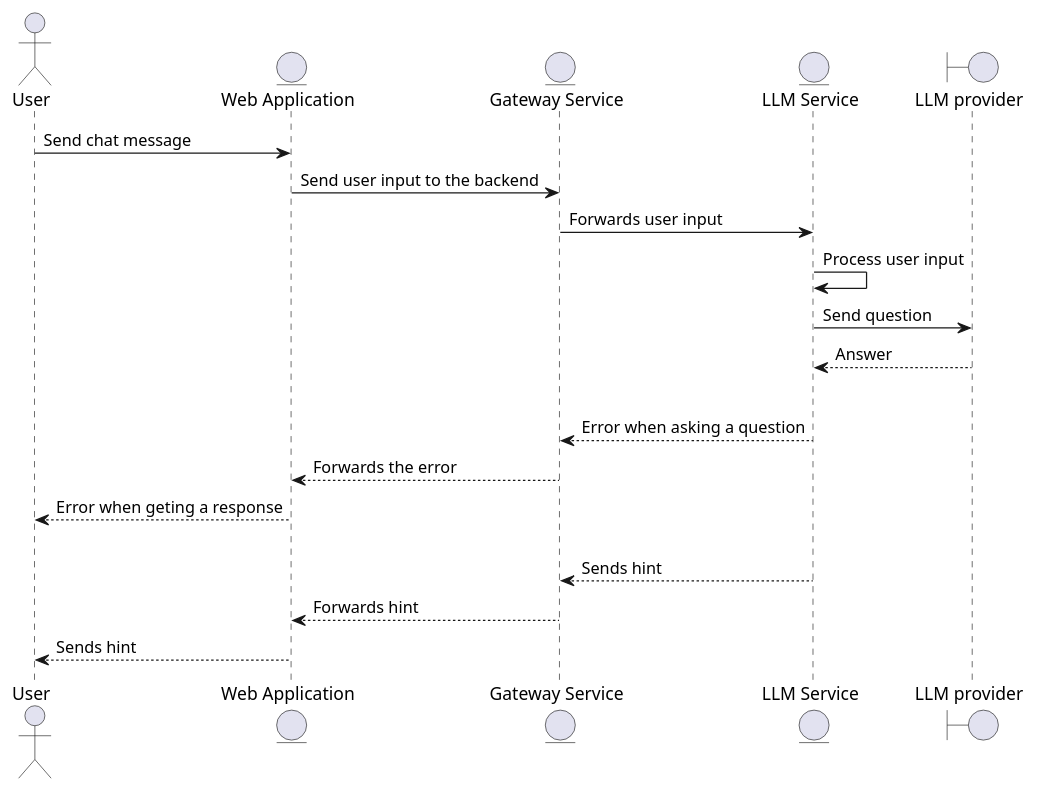
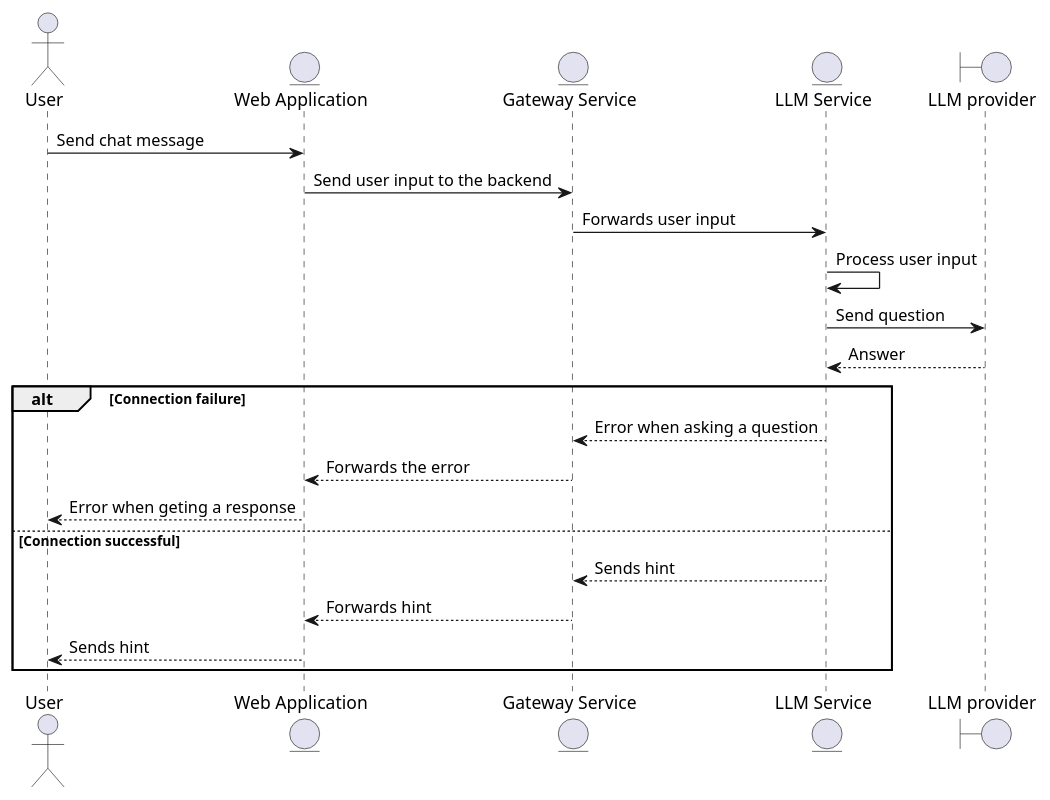
One commit to Arquisoft/wichat_en1b changed the fourth of 6 diagrams in docs/src/06_runtime_view.adoc. Above: the diagram before and after it, drawn with PlantUML.

Commit message:
Fixed bug in LLM Chat Interaction Flow diagram introduced in pr #72

```diff
--- a/docs/src/06_runtime_view.adoc
+++ b/docs/src/06_runtime_view.adoc
@@ -171,23 +171,24 @@
 [plantuml,"LLM Chat Interaction",png]
 ----
 actor User
 entity "Web Application" as App
 entity "Gateway Service" as Gat
 entity "LLM Service" as LLM
 boundary "LLM provider" as LLMP
 
 User -> App: Send chat message
 App -> Gat: Send user input to the backend
 Gat -> LLM: Forwards user input
 LLM -> LLM: Process user input
 LLM -> LLMP: Send question
 LLMP --> LLM: Answer 
 alt Connection failure
     LLM --> Gat: Error when asking a question
     Gat --> App: Forwards the error
     App --> User: Error when geting a response
 else Connection successful
     LLM --> Gat: Sends hint
     Gat --> App: Forwards hint
     App --> User: Sends hint
+end
 ----
```
